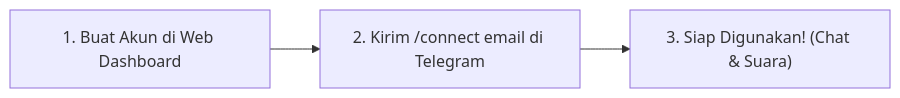
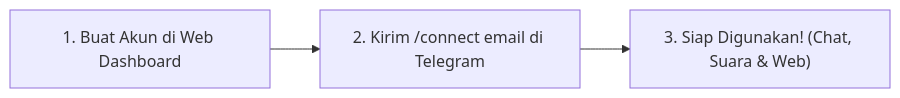
One commit to fransalwan/second-brain-agent changed the first of 2 diagrams in README.md. Above: the diagram before and after it, drawn with Mermaid. The commit also changed other lines of this file and 4 other files, not shown here.

````diff
--- a/README.md
+++ b/README.md
@@ -22,4 +51,4 @@
 ```mermaid
 flowchart LR
-    A["1. Buat Akun di Web Dashboard"] --> B["2. Kirim /connect email di Telegram"] --> C["3. Siap Digunakan! (Chat & Suara)"]
+    A["1. Buat Akun di Web Dashboard"] --> B["2. Kirim /connect email di Telegram"] --> C["3. Siap Digunakan! (Chat, Suara & Web)"]
 ```
````
